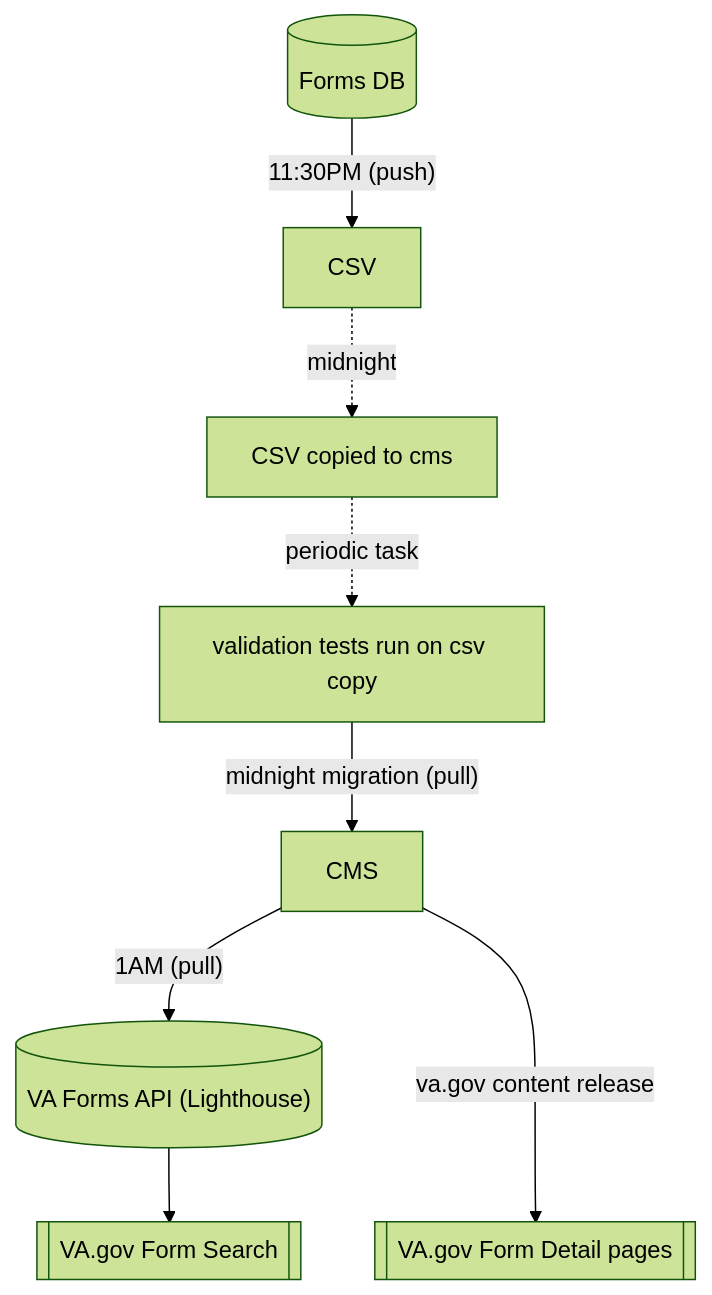
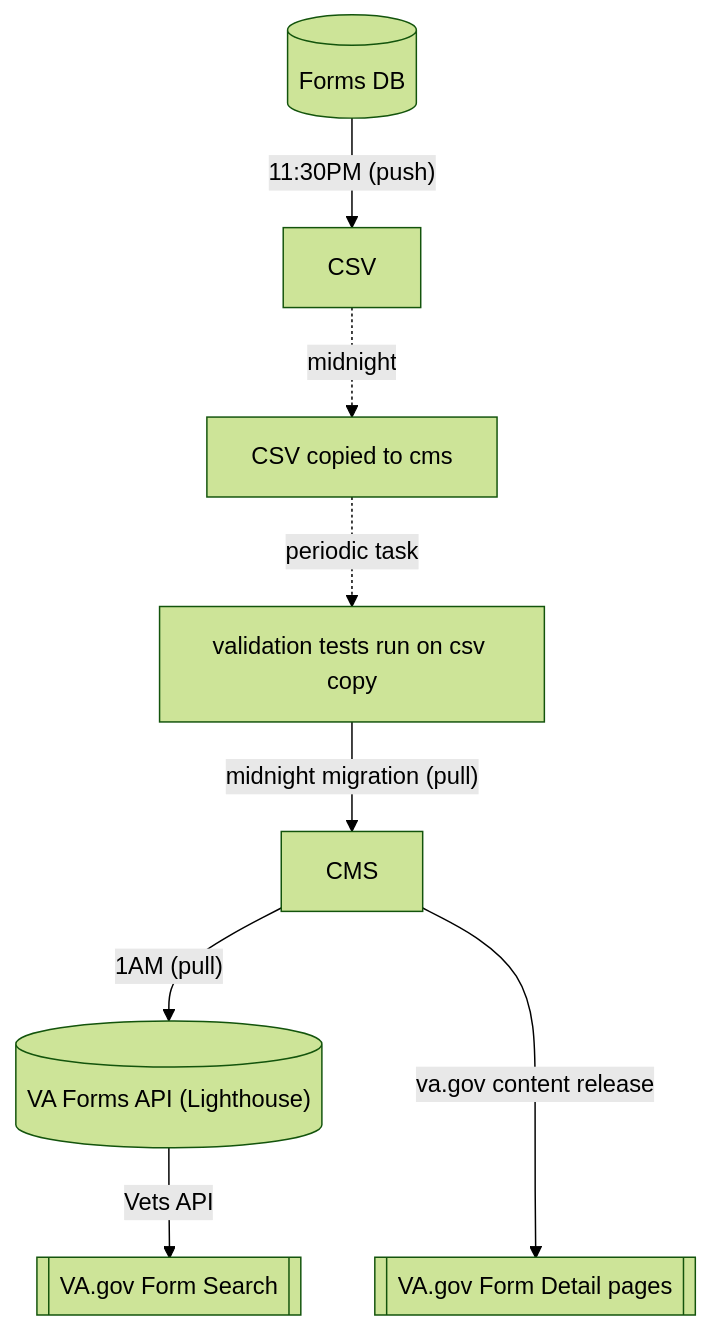
One commit to department-of-veterans-affairs/va.gov-cms changed the diagram in READMES/migrations-forms.md. Above: the diagram before and after it, drawn with Mermaid (forest theme).

Commit message:
[DOCS] Add VetsAPI to forms migration diagram.

````diff
--- a/READMES/migrations-forms.md
+++ b/READMES/migrations-forms.md
@@ -14,10 +14,10 @@
 ```mermaid
   graph TD;
     fdb[(Forms DB)] -- "11:30PM (push)" --> csv1[CSV]
     csv1 -. midnight .-> csv2[CSV copied to cms]
     csv2 -. periodic task .-> csv3[validation tests run on csv copy]
     csv3 -- "midnight migration (pull)" --> cms[CMS]
     cms-- "1AM (pull)" -->formapi[("VA Forms API (Lighthouse)")]
     cms -- va.gov content release --->fe[[VA.gov Form Detail pages]]
-    formapi-->formsearch[[VA.gov Form Search]]
+    formapi-- Vets API -->formsearch[[VA.gov Form Search]]
 ```
````
